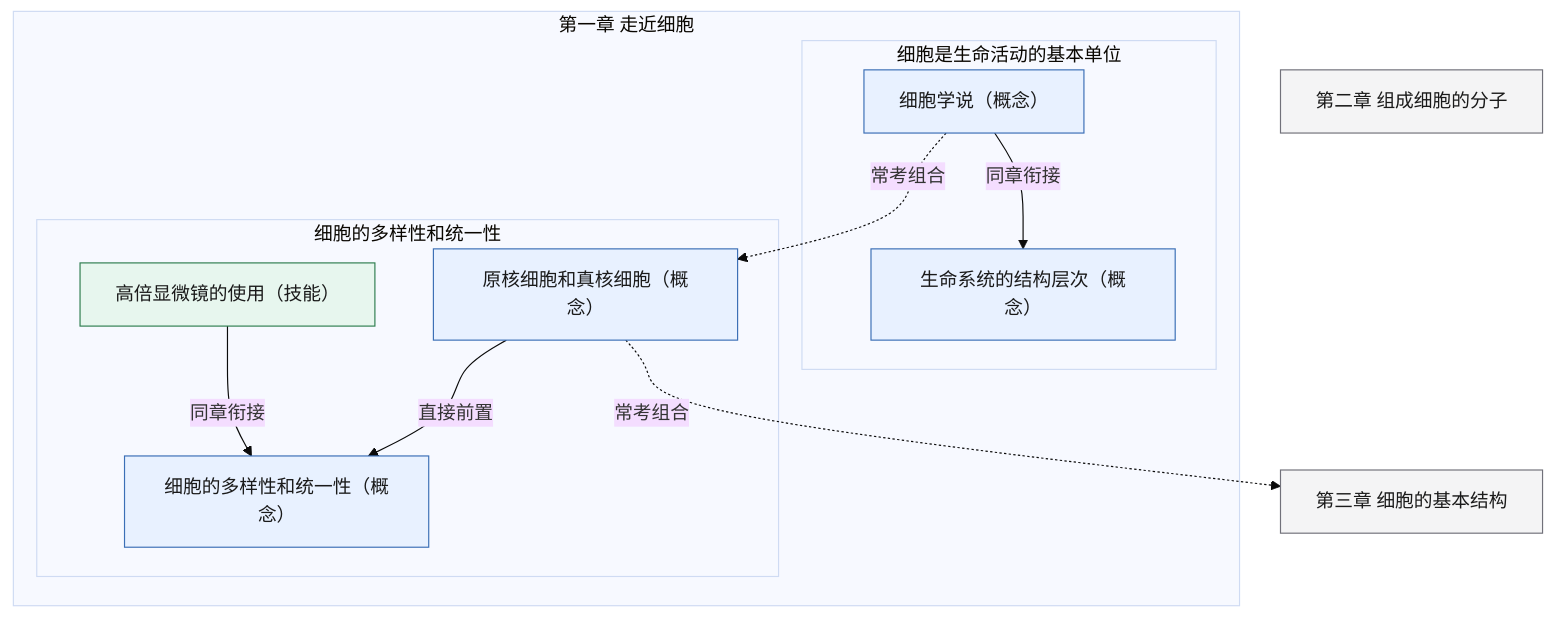
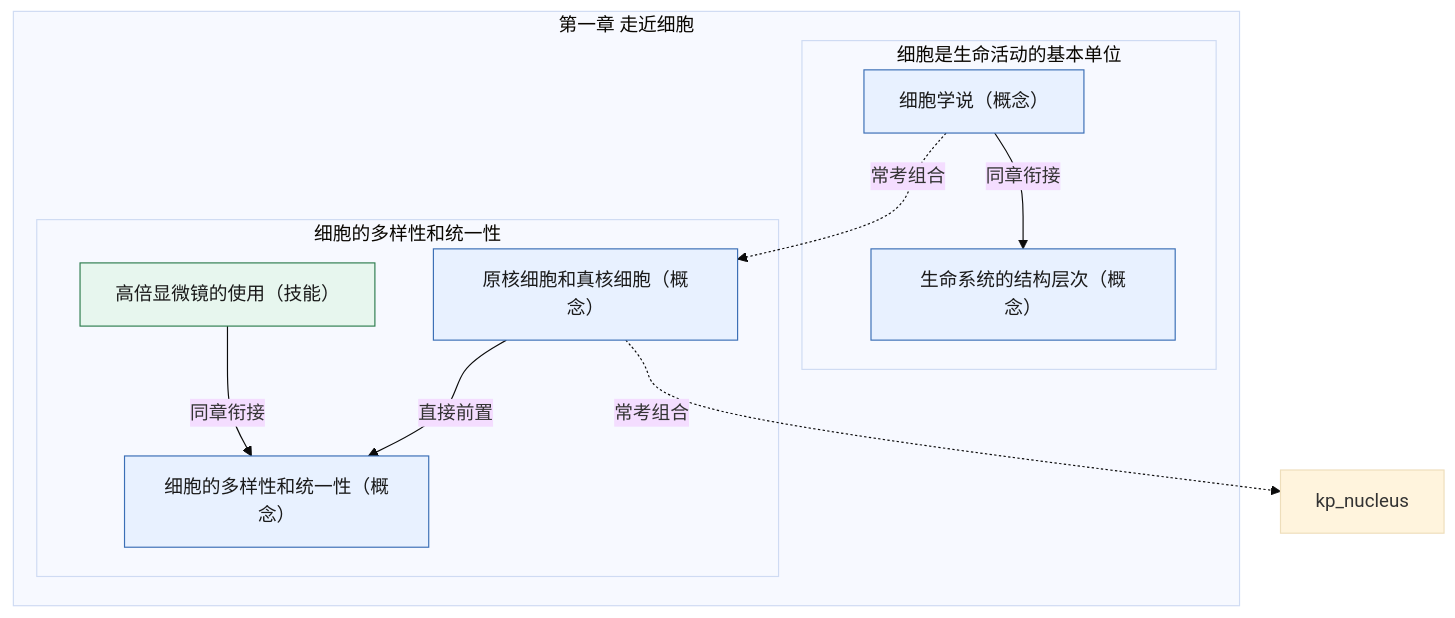
One commit to lihenair/high-school-ai-tutor-skill changed the diagram in skills/high-school-ai-tutor/references/pep-bio-bx1-ch1.md. Above: the diagram before and after it, drawn with Mermaid (base theme). The commit also changed 26 other files, not shown here.

First line of the commit message:
feat(bio): 跨教材知识联系图谱——占位符清退 + 53 条组合边 + 联系图谱文档

````diff
--- a/skills/high-school-ai-tutor/references/pep-bio-bx1-ch1.md
+++ b/skills/high-school-ai-tutor/references/pep-bio-bx1-ch1.md
@@ -5,25 +5,23 @@
 ```mermaid
 flowchart TD
   classDef concept fill:#E8F1FF,stroke:#3B6FB6,color:#1A1A1A
   classDef skill fill:#E7F6EE,stroke:#2E7D4F,color:#1A1A1A
   classDef experiment fill:#FFF4E5,stroke:#C47B17,color:#1A1A1A
   classDef later fill:#F4F4F5,stroke:#71717A,color:#1A1A1A
   subgraph ch["第一章 走近细胞"]
     subgraph s1["细胞是生命活动的基本单位"]
       kp_cell_theory["细胞学说（概念）"]:::concept
       kp_life_system["生命系统的结构层次（概念）"]:::concept
     end
     subgraph s2["细胞的多样性和统一性"]
       kp_microscope_use["高倍显微镜的使用（技能）"]:::skill
       kp_prokaryote_eukaryote["原核细胞和真核细胞（概念）"]:::concept
       kp_cell_diversity_unity["细胞的多样性和统一性（概念）"]:::concept
     end
   end
-  bx1_ch2["第二章 组成细胞的分子"]:::later
-  bx1_ch3["第三章 细胞的基本结构"]:::later
   kp_cell_theory -->|同章衔接| kp_life_system
   kp_microscope_use -->|同章衔接| kp_cell_diversity_unity
   kp_prokaryote_eukaryote -->|直接前置| kp_cell_diversity_unity
   kp_cell_theory -.->|常考组合| kp_prokaryote_eukaryote
-  kp_prokaryote_eukaryote -.->|常考组合| bx1_ch3
+  kp_prokaryote_eukaryote -.->|常考组合| kp_nucleus
 ```
````
